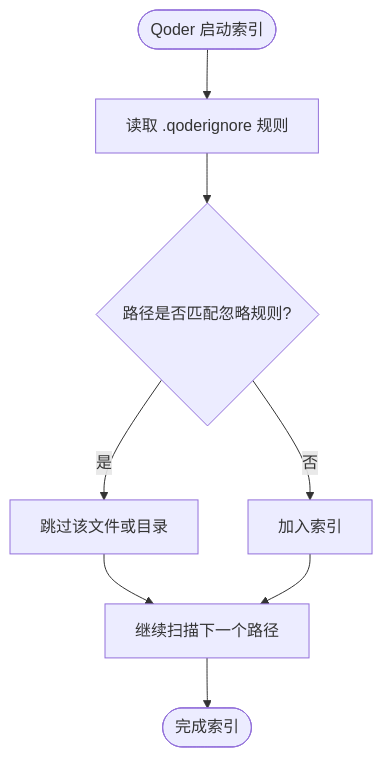
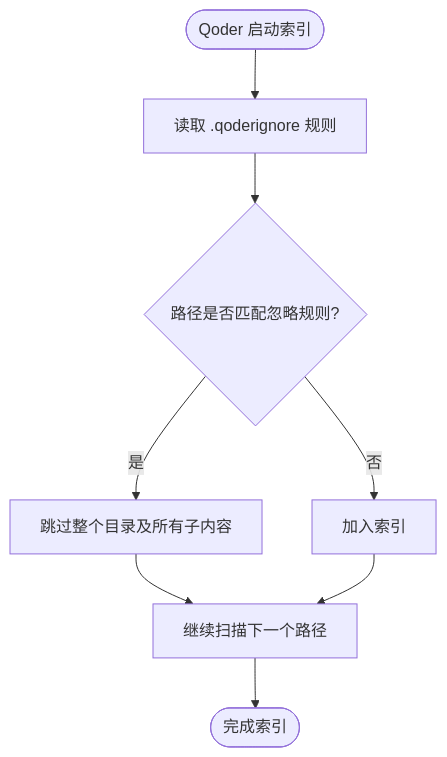
One commit to LZC6244/lzc6244.github.io changed the third of 8 diagrams in .qoder/repowiki/zh/content/部署与维护/Qoder 忽略配置.md. Above: the diagram before and after it, drawn with Mermaid. The commit also changed other lines of this file and 3 other files, not shown here.

````diff
--- a/.qoder/repowiki/zh/content/部署与维护/Qoder 忽略配置.md
+++ b/.qoder/repowiki/zh/content/部署与维护/Qoder 忽略配置.md
@@ -119,10 +119,10 @@
 ```mermaid
 flowchart TD
 Start(["Qoder 启动索引"]) --> ReadIgnore["读取 .qoderignore 规则"]
 ReadIgnore --> Match{"路径是否匹配忽略规则?"}
-Match --> |是| Skip["跳过该文件或目录"]
+Match --> |是| Skip["跳过整个目录及所有子内容"]
 Match --> |否| Index["加入索引"]
 Skip --> Next["继续扫描下一个路径"]
 Index --> Next
 Next --> End(["完成索引"])
 ```
````
